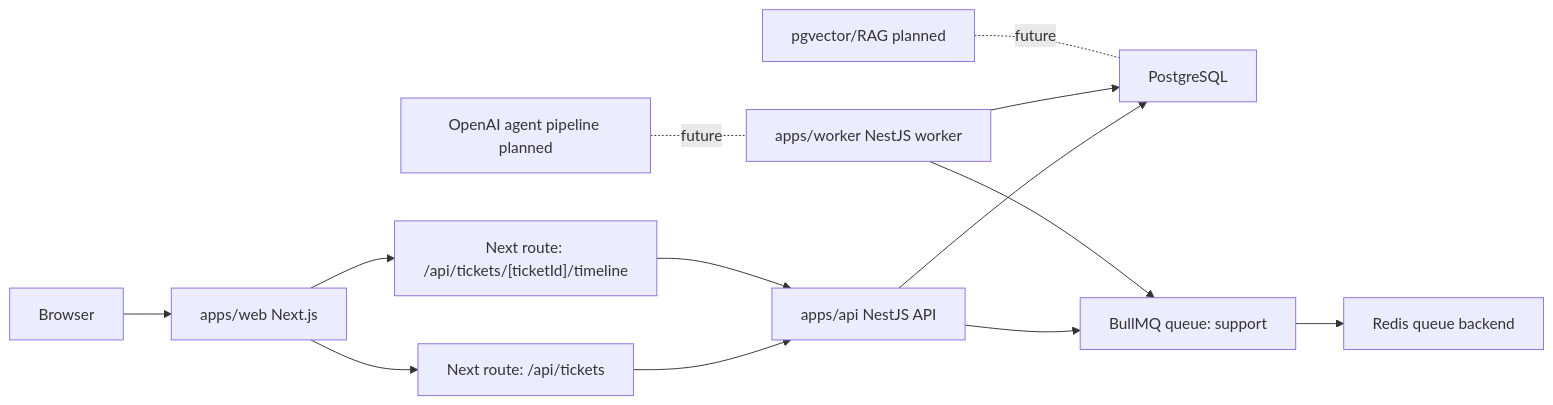
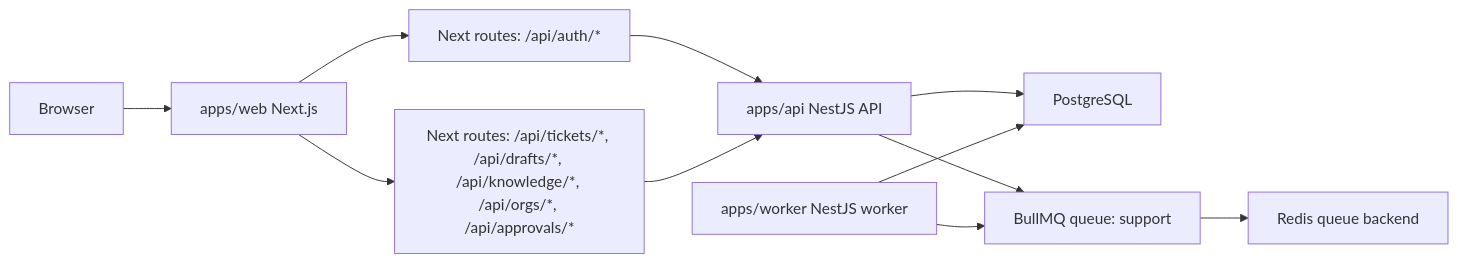
Before and after one commit to its-arnavtech/Autonomous-CSA: the first of 3 diagrams in docs/architecture.md, drawn with Mermaid. The commit also changed other lines of this file and 92 other files, not shown here.

````diff
--- a/docs/architecture.md
+++ b/docs/architecture.md
@@ -21,16 +17,13 @@
 ```mermaid
 flowchart LR
   Browser["Browser"] --> Web["apps/web Next.js"]
-  Web --> TicketProxy["Next route: /api/tickets"]
-  Web --> TimelineProxy["Next route: /api/tickets/[ticketId]/timeline"]
-  TicketProxy --> Api["apps/api NestJS API"]
-  TimelineProxy --> Api
+  Web --> AuthProxy["Next routes: /api/auth/*"]
+  Web --> TenantProxy["Next routes: /api/tickets/*, /api/drafts/*, /api/knowledge/*, /api/orgs/*, /api/approvals/*"]
+  AuthProxy --> Api["apps/api NestJS API"]
+  TenantProxy --> Api
   Api --> Postgres["PostgreSQL"]
   Api --> Queue["BullMQ queue: support"]
   Queue --> Redis["Redis queue backend"]
   Worker["apps/worker NestJS worker"] --> Queue
   Worker --> Postgres
-
-  Agents["OpenAI agent pipeline planned"] -. future .- Worker
-  Pgvector["pgvector/RAG planned"] -. future .- Postgres
 ```
````
